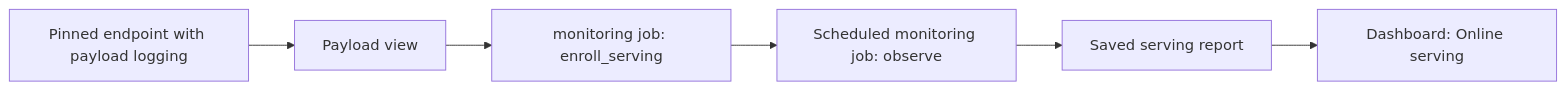
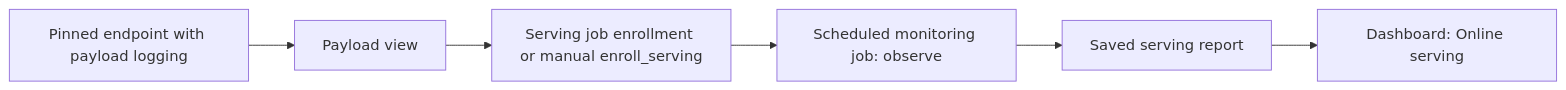
Before and after one commit to flyingriverhorse/Skyulf: the diagram in docs/user_guide/databricks_serving_monitoring.md, drawn with Mermaid. The commit also changed other lines of this file and 25 other files, not shown here.

````diff
--- a/docs/user_guide/databricks_serving_monitoring.md
+++ b/docs/user_guide/databricks_serving_monitoring.md
@@ -24,8 +34,8 @@
 ```mermaid
 flowchart LR
     A["Pinned endpoint with payload logging"] --> B["Payload view"]
-    B --> C["monitoring job: enroll_serving"]
+    B --> C["Serving job enrollment or manual enroll_serving"]
     C --> D["Scheduled monitoring job: observe"]
     D --> E["Saved serving report"]
     E --> F["Dashboard: Online serving"]
 ```
````
